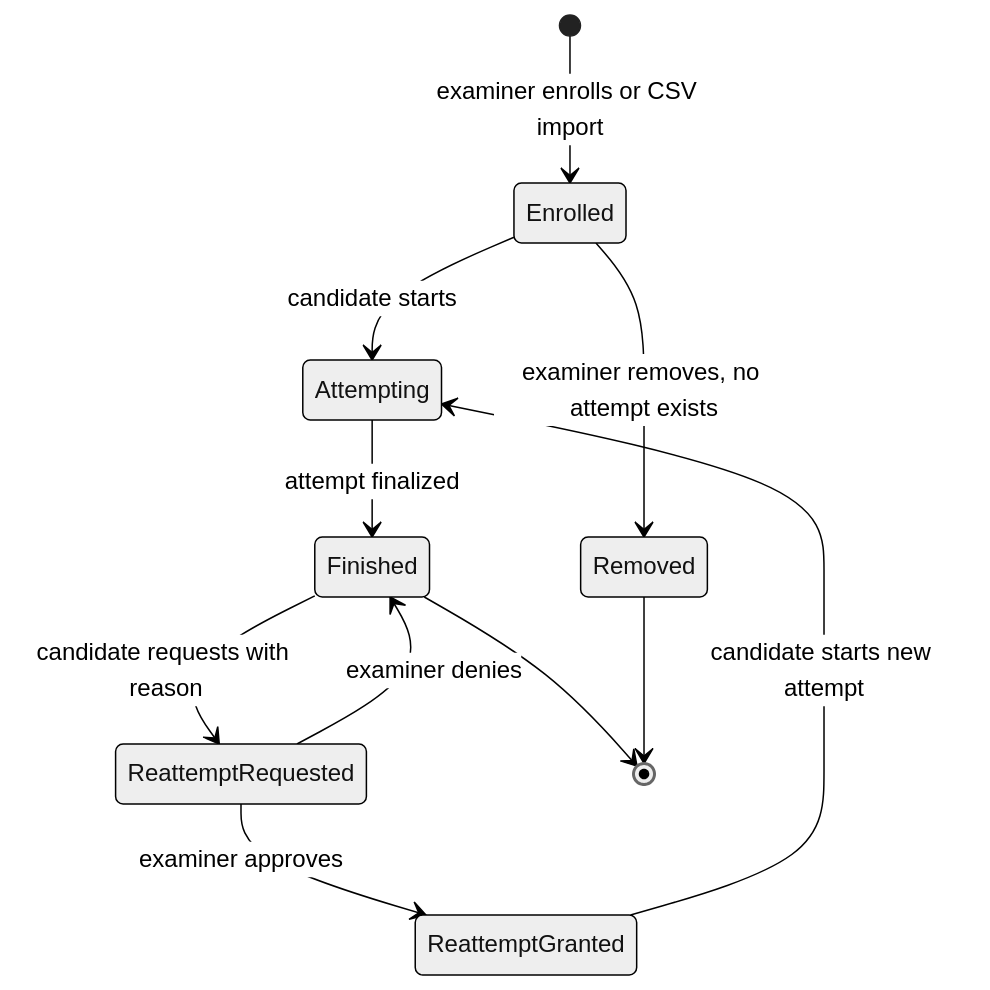
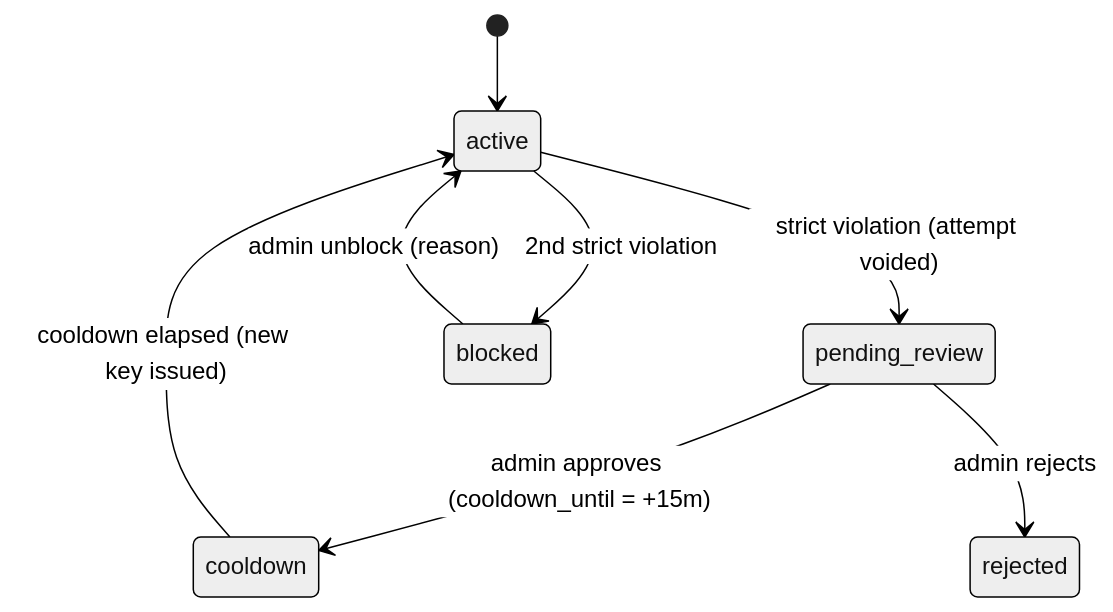
Before and after one commit to Muhammad-Faizan-DS/WEB-E-THON: the sixth of 11 diagrams in PRD.md, drawn with Mermaid (neutral theme). The commit also changed other lines of this file and 31 other files, not shown here.

````diff
--- a/PRD.md
+++ b/PRD.md
@@ -327,13 +232,10 @@
 ```mermaid
 stateDiagram-v2
-  [*] --> Enrolled: examiner enrolls or CSV import
-  Enrolled --> Removed: examiner removes, no attempt exists
-  Enrolled --> Attempting: candidate starts
-  Attempting --> Finished: attempt finalized
-  Finished --> ReattemptRequested: candidate requests with reason
-  ReattemptRequested --> ReattemptGranted: examiner approves
-  ReattemptRequested --> Finished: examiner denies
-  ReattemptGranted --> Attempting: candidate starts new attempt
-  Finished --> [*]
-  Removed --> [*]
+  [*] --> active
+  active --> pending_review: strict violation (attempt voided)
+  pending_review --> cooldown: admin approves (cooldown_until = +15m)
+  pending_review --> rejected: admin rejects
+  cooldown --> active: cooldown elapsed (new key issued)
+  active --> blocked: 2nd strict violation
+  blocked --> active: admin unblock (reason)
 ```
````
